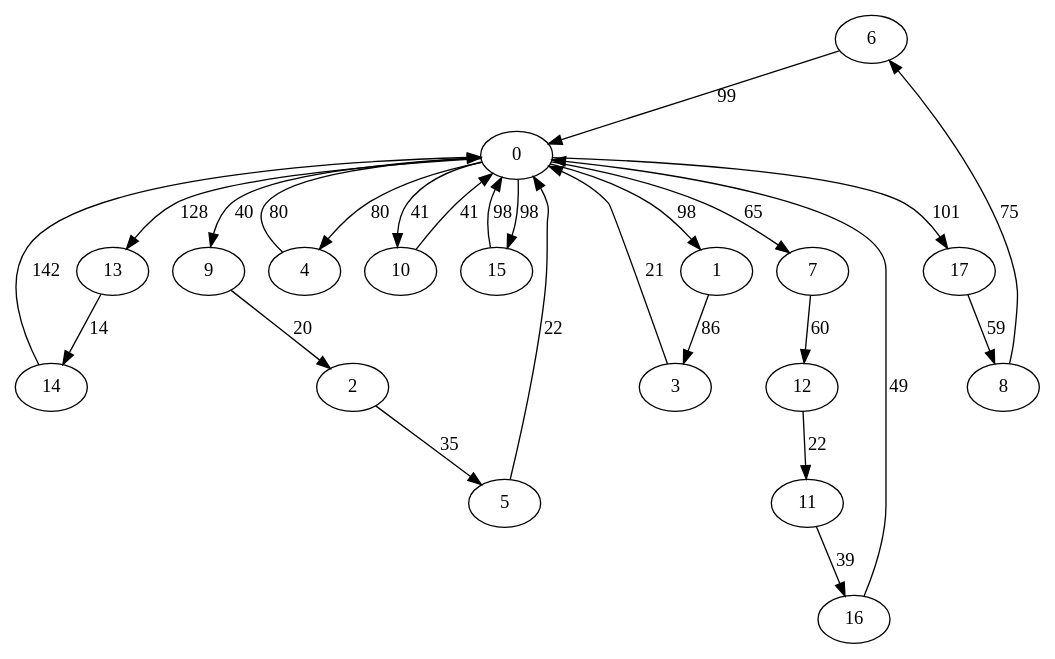
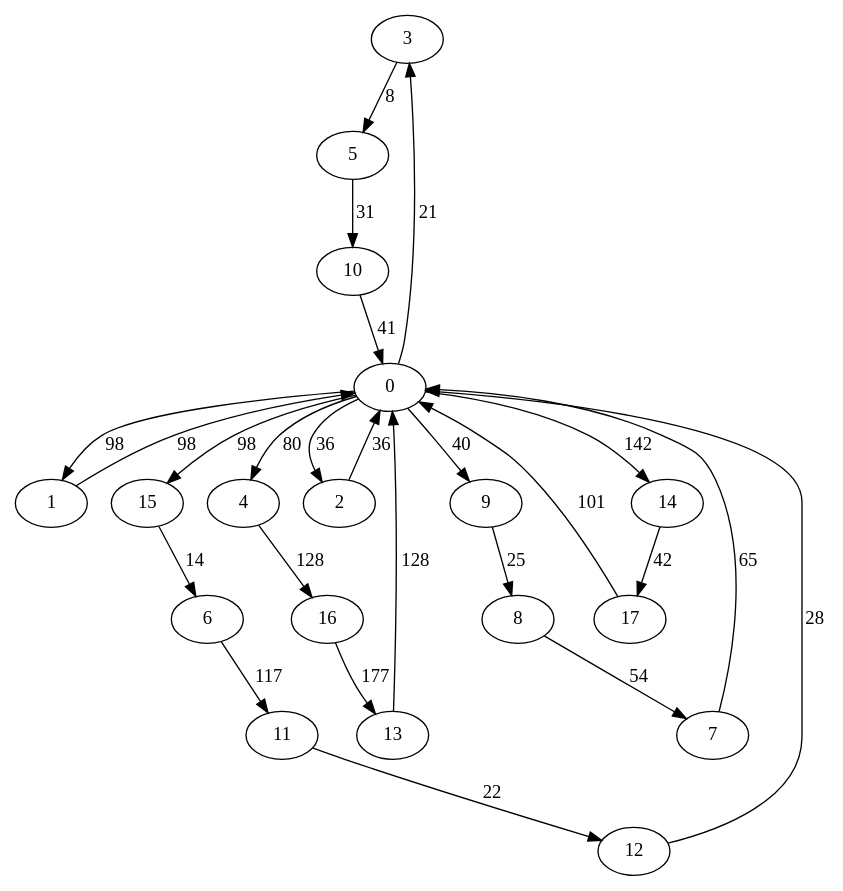
Before and after one commit to akosej/vehicle_routing: the diagram in grafos/iteration2.dot, drawn with Graphviz. The commit also changed 9 other files, not shown here.

```diff
--- a/grafos/iteration2.dot
+++ b/grafos/iteration2.dot
@@ -1,46 +1,45 @@
 digraph G {
-	6->0[ label=99 ];
+	3->5[ label=8 ];
+	1->0[ label=98 ];
+	8->7[ label=54 ];
+	7->0[ label=65 ];
+	17->0[ label=101 ];
+	15->6[ label=14 ];
+	13->0[ label=128 ];
+	0->4[ label=80 ];
+	0->3[ label=21 ];
+	0->1[ label=98 ];
+	0->2[ label=36 ];
+	0->9[ label=40 ];
+	0->14[ label=142 ];
+	0->15[ label=98 ];
+	4->16[ label=128 ];
+	5->10[ label=31 ];
+	2->0[ label=36 ];
+	12->0[ label=28 ];
+	16->13[ label=177 ];
 	10->0[ label=41 ];
-	3->0[ label=21 ];
-	1->3[ label=86 ];
-	13->14[ label=14 ];
-	2->5[ label=35 ];
-	12->11[ label=22 ];
-	11->16[ label=39 ];
-	4->0[ label=80 ];
-	15->0[ label=98 ];
-	0->13[ label=128 ];
-	0->4[ label=80 ];
-	0->15[ label=98 ];
-	0->1[ label=98 ];
-	0->9[ label=40 ];
-	0->17[ label=101 ];
-	0->7[ label=65 ];
-	0->10[ label=41 ];
-	17->8[ label=59 ];
-	8->6[ label=75 ];
-	7->12[ label=60 ];
-	5->0[ label=22 ];
-	9->2[ label=20 ];
-	16->0[ label=49 ];
-	14->0[ label=142 ];
+	9->8[ label=25 ];
+	14->17[ label=42 ];
+	6->11[ label=117 ];
+	11->12[ label=22 ];
 	0 [ label=0 ];
 	1 [ label=1 ];
 	10 [ label=10 ];
 	11 [ label=11 ];
 	12 [ label=12 ];
 	13 [ label=13 ];
 	14 [ label=14 ];
 	15 [ label=15 ];
 	16 [ label=16 ];
 	17 [ label=17 ];
 	2 [ label=2 ];
 	3 [ label=3 ];
 	4 [ label=4 ];
 	5 [ label=5 ];
 	6 [ label=6 ];
 	7 [ label=7 ];
 	8 [ label=8 ];
 	9 [ label=9 ];
 
 }
```
